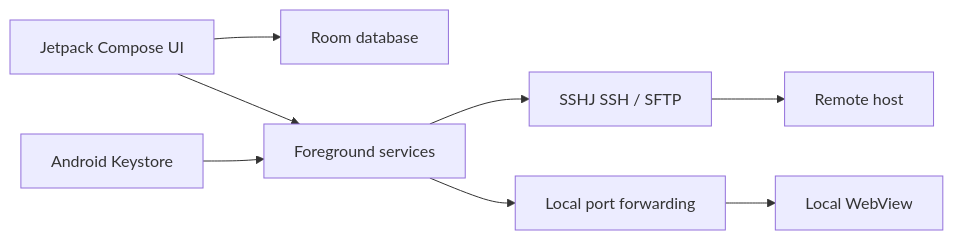
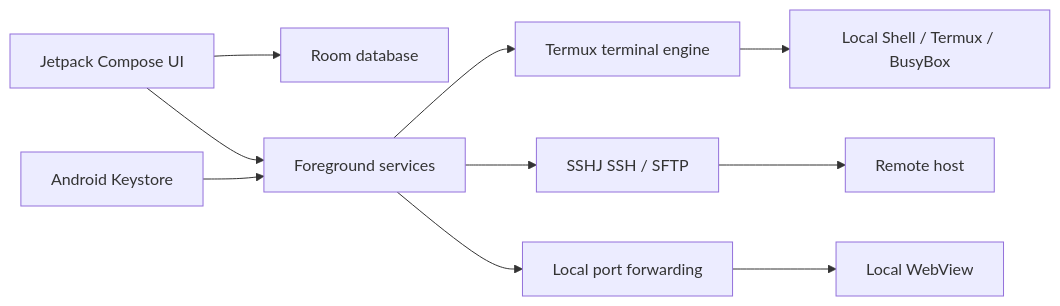
Before and after one commit to Bright-Chengliang/QuickSSH: the diagram in README.en.md, drawn with Mermaid. The commit also changed other lines of this file and 1 other file, not shown here.

Commit message:
docs: update readme with local terminal mode and Termux engine integration

````diff
--- a/README.en.md
+++ b/README.en.md
@@ -80,10 +88,12 @@
 ```mermaid
 flowchart LR
     UI[Jetpack Compose UI] --> DB[Room database]
     UI --> Services[Foreground services]
+    Services --> Termux[Termux terminal engine]
+    Termux --> Local[Local Shell / Termux / BusyBox]
     Services --> SSH[SSHJ SSH / SFTP]
     Services --> Tunnel[Local port forwarding]
     Credentials[Android Keystore] --> Services
     SSH --> Host[Remote host]
     Tunnel --> WebView[Local WebView]
 ```
````
